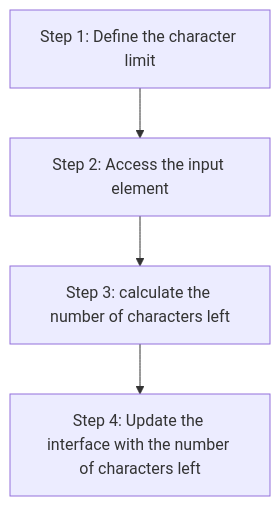
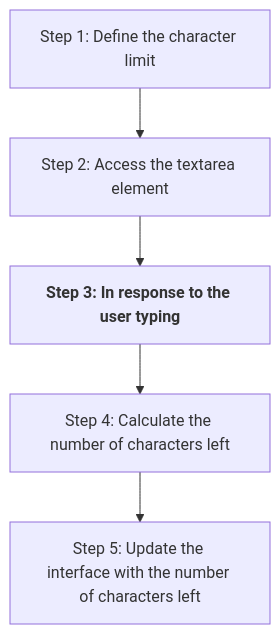
The diagram in content/js2/blocks/check-progress/index.md (CodeYourFuture/curriculum), drawn with Mermaid before and after one commit. The commit also changed other lines of this file, not shown here.

Commit message:
change over to textarea instead of input

````diff
--- a/content/js2/blocks/check-progress/index.md
+++ b/content/js2/blocks/check-progress/index.md
@@ -11,4 +11,4 @@
 ```mermaid
 flowchart TD
-A[Step 1: Define the character limit] --> B[Step 2: Access the input element] --> C[Step 3: calculate the number of characters left] --> D[Step 4: Update the interface with the number of characters left]
+A[Step 1: Define the character limit] --> B[Step 2: Access the textarea element] --> C["`**Step 3: In response to the user typing**`"] --> D[Step 4: Calculate the number of characters left] --> E[Step 5: Update the interface with the number of characters left]
 ```
````
